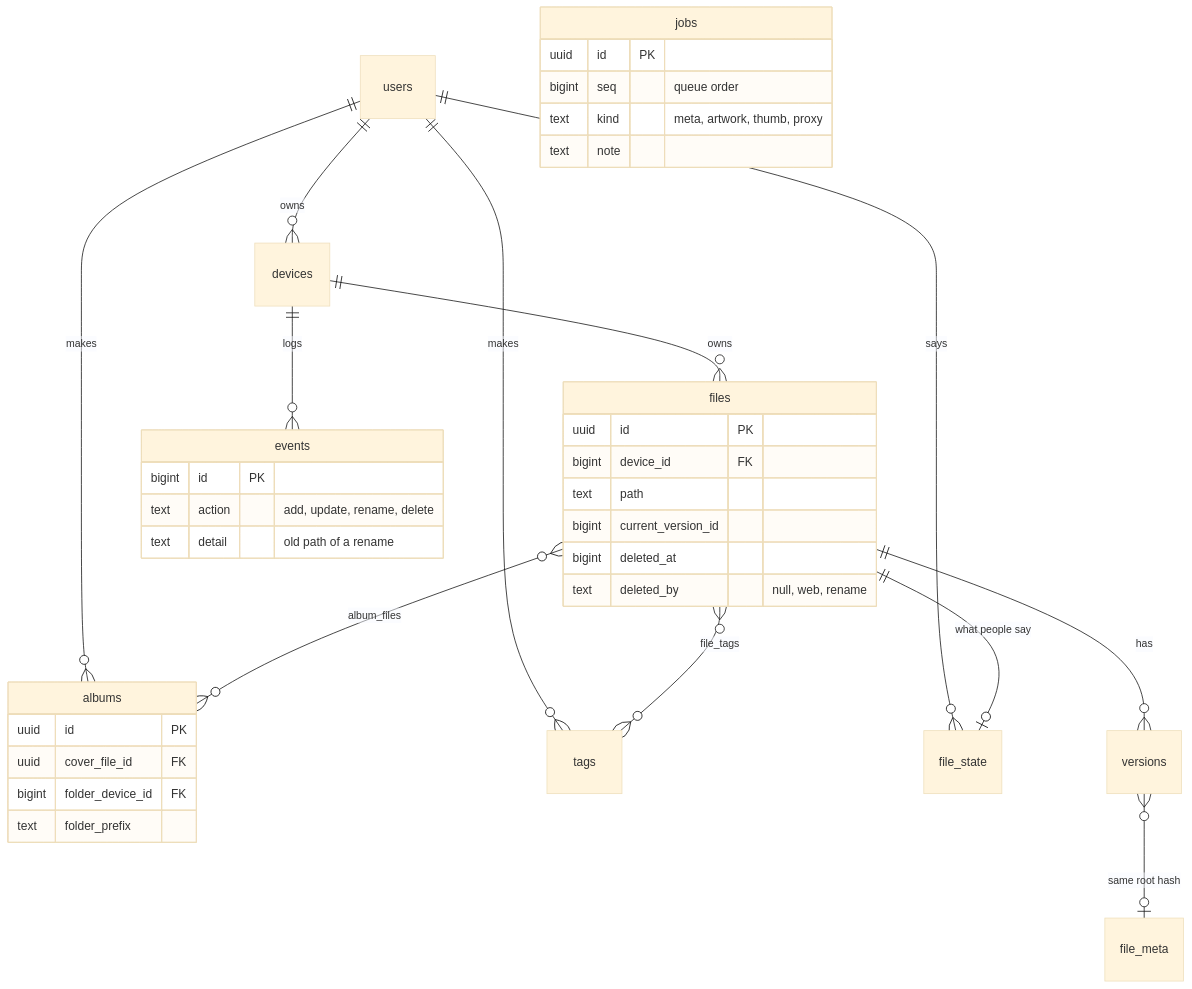
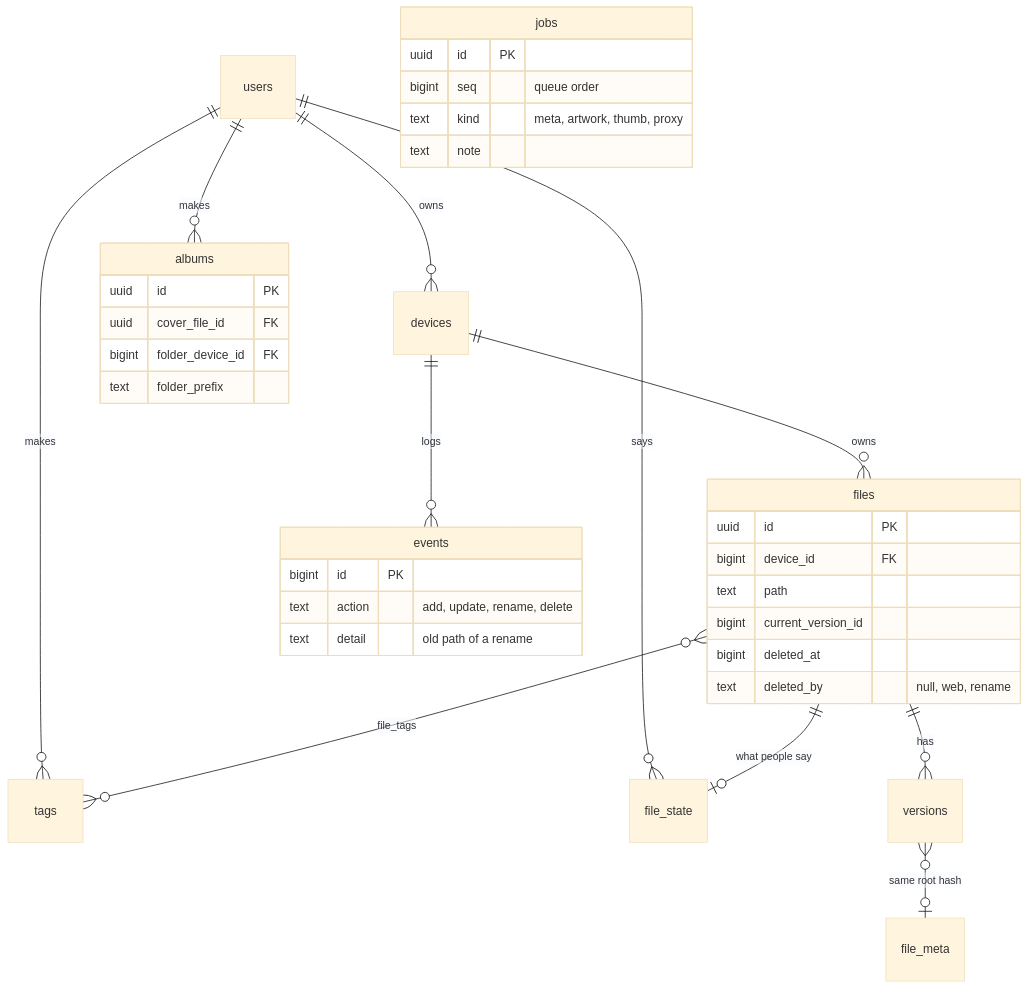
The third of 3 diagrams in docs/architecture.md (jameelhamdan/fafnirx), drawn with Mermaid (base theme) before and after one commit. The commit also changed other lines of this file and 170 other files, not shown here.

````diff
--- a/docs/architecture.md
+++ b/docs/architecture.md
@@ -182,39 +165,38 @@
 ```mermaid
 erDiagram
     users ||--o{ devices : owns
     users ||--o{ albums : makes
     users ||--o{ tags : makes
     users ||--o{ file_state : says
     devices ||--o{ files : owns
     devices ||--o{ events : logs
     files ||--o{ versions : has
     files ||--o| file_state : "what people say"
-    files }o--o{ albums : album_files
     files }o--o{ tags : file_tags
     versions }o--o| file_meta : "same root hash"
     files {
         uuid id PK
         bigint device_id FK
         text path
         bigint current_version_id
         bigint deleted_at
         text deleted_by "null, web, rename"
     }
     events {
         bigint id PK
         text action "add, update, rename, delete"
         text detail "old path of a rename"
     }
     albums {
         uuid id PK
         uuid cover_file_id FK
         bigint folder_device_id FK
         text folder_prefix
     }
     jobs {
         uuid id PK
         bigint seq "queue order"
         text kind "meta, artwork, thumb, proxy"
         text note
     }
 ```
````
